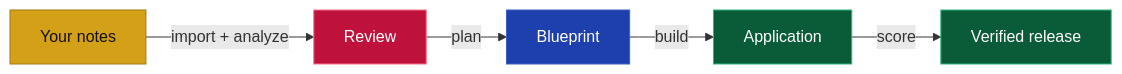
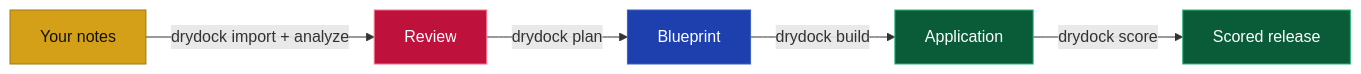
One commit to webcloudstudio/Drydock changed the second of 2 diagrams in docs/QUICK_START.md. Above: the diagram before and after it, drawn with Mermaid. The commit also changed other lines of this file and 1 other file, not shown here.

````diff
--- a/docs/QUICK_START.md
+++ b/docs/QUICK_START.md
@@ -187,16 +174,16 @@
 ```mermaid
 flowchart LR
-    N["Your notes"] -->|import + analyze| R["Review"]
-    R -->|plan| B["Blueprint"]
-    B -->|build| C["Application"]
-    C -->|score| V["Verified release"]
+    N["Your notes"] -->|drydock import + analyze| R["Review"]
+    R -->|drydock plan| B["Blueprint"]
+    B -->|drydock build| C["Application"]
+    C -->|drydock score| V["Scored release"]
 
     classDef input fill:#d4a017,stroke:#a07810,color:#111
     classDef review fill:#be123c,stroke:#fb7185,color:#fff
     classDef governed fill:#1e40af,stroke:#3b5fc0,color:#fff
     classDef output fill:#0a5c38,stroke:#2cb67d,color:#fff
     class N input
     class R review
     class B governed
     class C,V output
 ```
````
